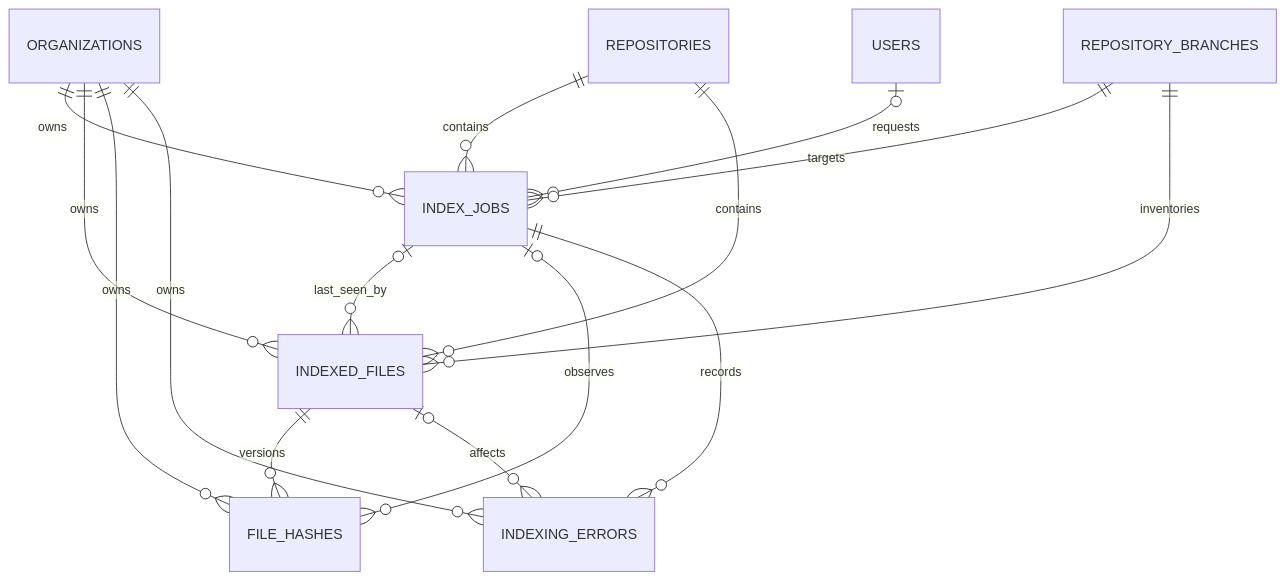
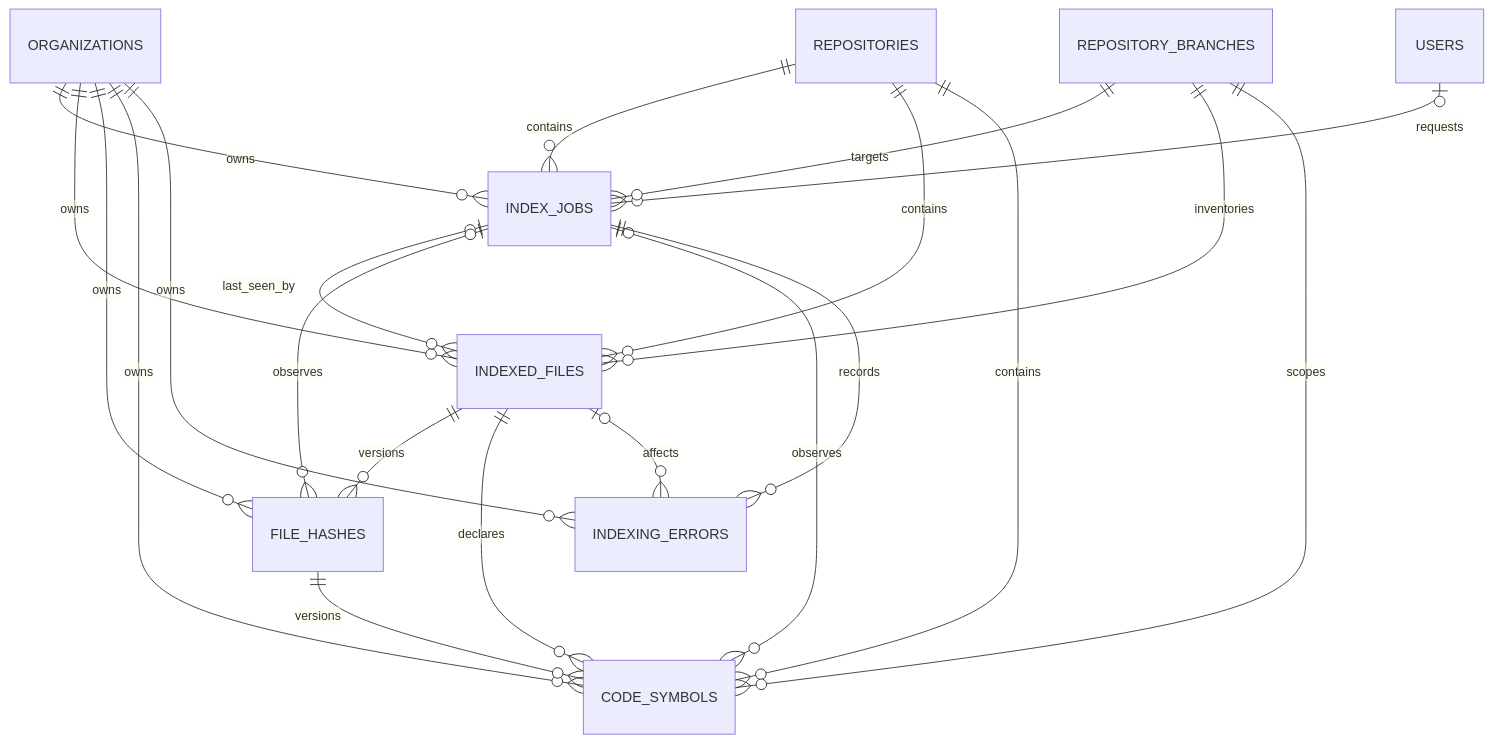
One commit to Pradeep1816/codemind-api changed the diagram in docs/03-database/indexing-strategy.md. Above: the diagram before and after it, drawn with Mermaid. The commit also changed other lines of this file and 32 other files, not shown here.

First line of the commit message:
feat(indexing): parse and persist versioned code symbols

````diff
--- a/docs/03-database/indexing-strategy.md
+++ b/docs/03-database/indexing-strategy.md
@@ -29,20 +30,27 @@
 ```mermaid
 erDiagram
     ORGANIZATIONS ||--o{ INDEX_JOBS : owns
     USERS o|--o{ INDEX_JOBS : requests
     REPOSITORIES ||--o{ INDEX_JOBS : contains
     REPOSITORY_BRANCHES ||--o{ INDEX_JOBS : targets
 
     ORGANIZATIONS ||--o{ INDEXED_FILES : owns
     REPOSITORIES ||--o{ INDEXED_FILES : contains
     REPOSITORY_BRANCHES ||--o{ INDEXED_FILES : inventories
     INDEX_JOBS o|--o{ INDEXED_FILES : last_seen_by
 
     ORGANIZATIONS ||--o{ FILE_HASHES : owns
     INDEXED_FILES ||--o{ FILE_HASHES : versions
     INDEX_JOBS o|--o{ FILE_HASHES : observes
 
+    ORGANIZATIONS ||--o{ CODE_SYMBOLS : owns
+    REPOSITORIES ||--o{ CODE_SYMBOLS : contains
+    REPOSITORY_BRANCHES ||--o{ CODE_SYMBOLS : scopes
+    INDEXED_FILES ||--o{ CODE_SYMBOLS : declares
+    FILE_HASHES ||--o{ CODE_SYMBOLS : versions
+    INDEX_JOBS o|--o{ CODE_SYMBOLS : observes
+
     ORGANIZATIONS ||--o{ INDEXING_ERRORS : owns
     INDEX_JOBS ||--o{ INDEXING_ERRORS : records
     INDEXED_FILES o|--o{ INDEXING_ERRORS : affects
 ```
````
